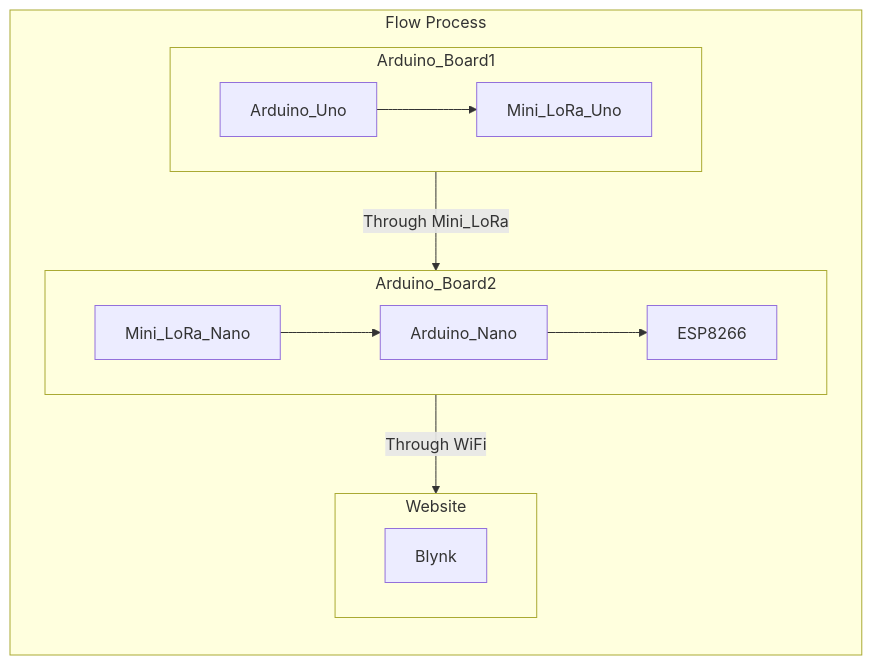
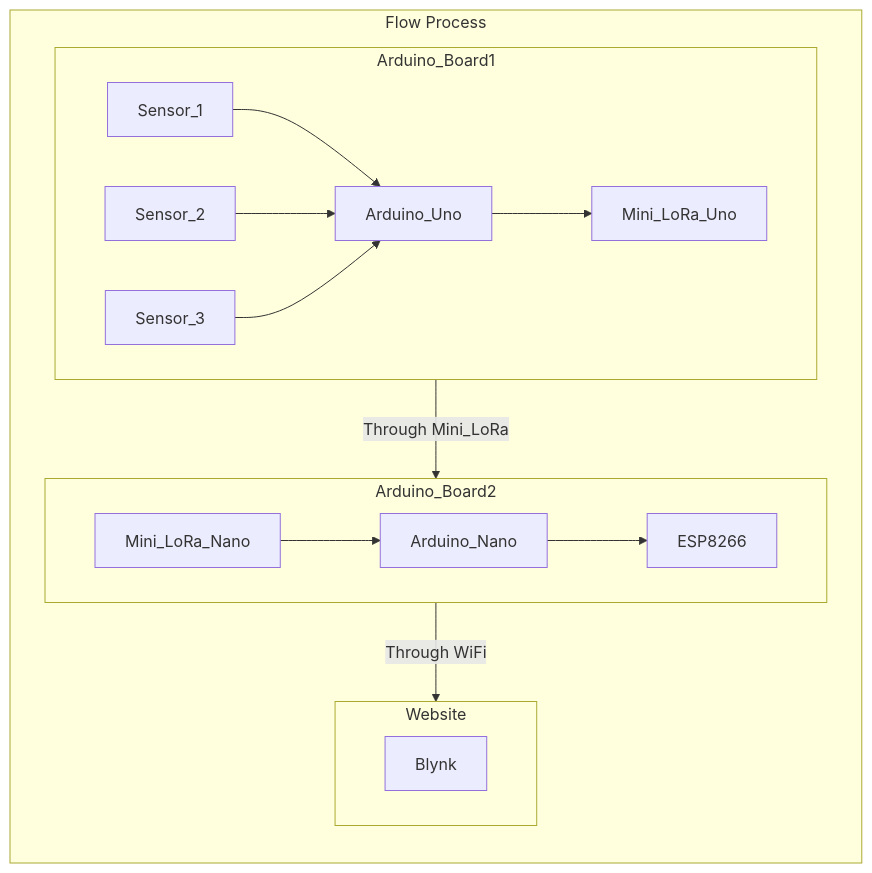
One commit to william60302/IoT_Team2 changed the diagram in README.md. Above: the diagram before and after it, drawn with Mermaid.

````diff
--- a/README.md
+++ b/README.md
@@ -35,21 +35,24 @@
 ```mermaid
 flowchart TB
   subgraph Flow Process
     direction TB
     subgraph Arduino_Board1
         direction LR
+        Sensor_1 --> Arduino_Uno
+        Sensor_2 --> Arduino_Uno
+        Sensor_3 --> Arduino_Uno
         Arduino_Uno --> Mini_LoRa_Uno
     end
     subgraph Arduino_Board2
         direction LR
         Mini_LoRa_Nano --> Arduino_Nano --> ESP8266
     end
     subgraph Website
         direction LR
         Blynk
     end
   end
   Arduino_Board1-- Through Mini_LoRa --> Arduino_Board2
   Arduino_Board2-- Through WiFi --> Website 
 
 ```
````
